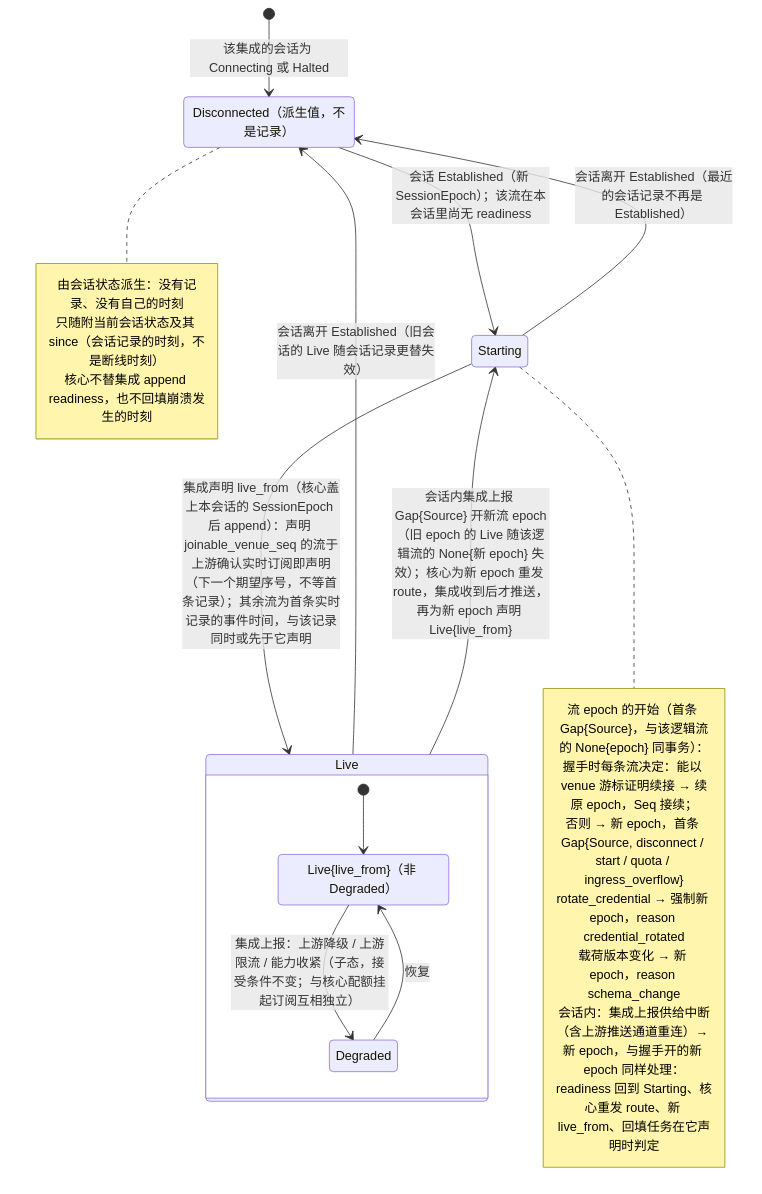
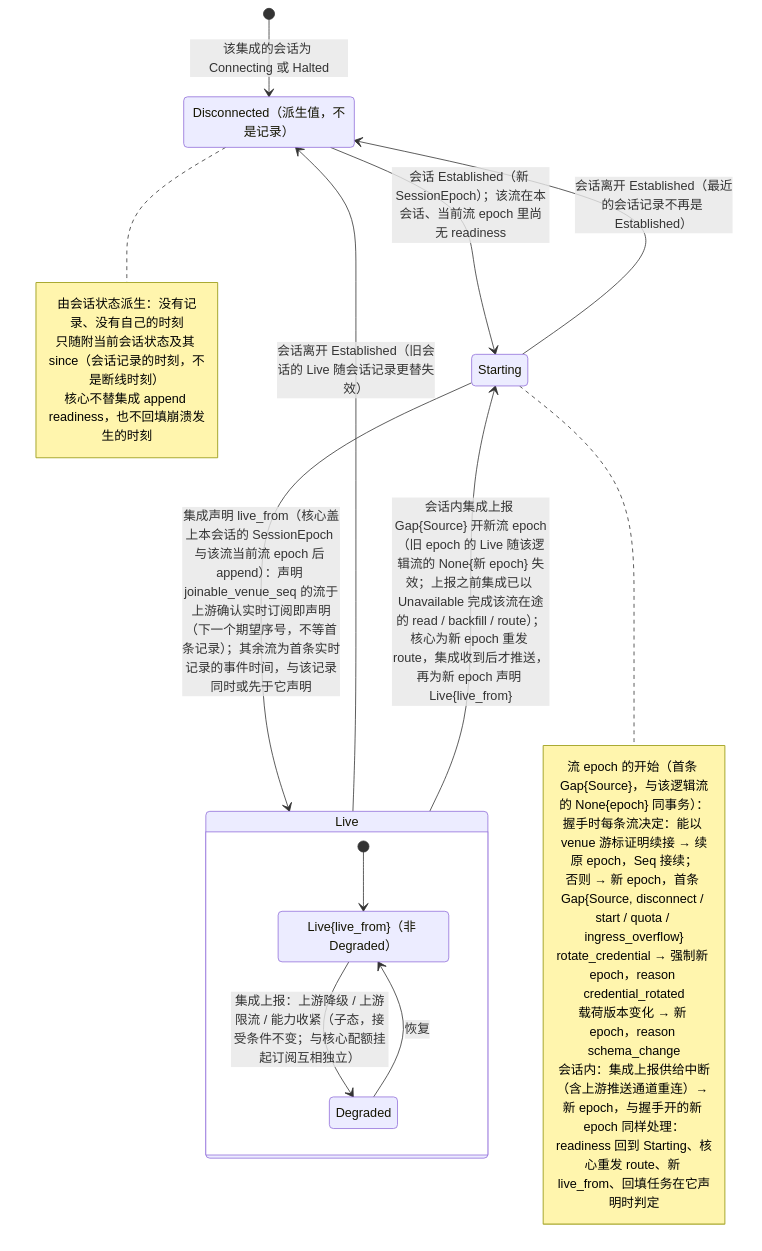
One commit to mouriya-s-lab/uta changed the second of 6 diagrams in design/diagrams/03-observation-ingest.md. Above: the diagram before and after it, drawn with Mermaid. The commit also changed other lines of this file and 8 other files, not shown here.

Commit message:
design: route-conclusion records carry the full set, readiness valid only in the current session and stream epoch, calls across a mid-session stream-epoch change completed as Unavailable (write answers kept as unsequenced evidence)

````diff
--- a/design/diagrams/03-observation-ingest.md
+++ b/design/diagrams/03-observation-ingest.md
@@ -51,30 +51,30 @@
 ```mermaid
 stateDiagram-v2
   state "Disconnected（派生值，不是记录）" as DC
   state "Live{live_from}（非 Degraded）" as LN
   [*] --> DC : 该集成的会话为 Connecting 或 Halted
-  DC --> Starting : 会话 Established（新 SessionEpoch）；该流在本会话里尚无 readiness
-  Starting --> Live : 集成声明 live_from（核心盖上本会话的 SessionEpoch 后 append）：声明 joinable_venue_seq 的流于上游确认实时订阅即声明（下一个期望序号，不等首条记录）；其余流为首条实时记录的事件时间，与该记录同时或先于它声明
+  DC --> Starting : 会话 Established（新 SessionEpoch）；该流在本会话、当前流 epoch 里尚无 readiness
+  Starting --> Live : 集成声明 live_from（核心盖上本会话的 SessionEpoch 与该流当前流 epoch 后 append）：声明 joinable_venue_seq 的流于上游确认实时订阅即声明（下一个期望序号，不等首条记录）；其余流为首条实时记录的事件时间，与该记录同时或先于它声明
   state Live {
     [*] --> LN
     LN --> Degraded : 集成上报：上游降级 / 上游限流 / 能力收紧（子态，接受条件不变；与核心配额挂起订阅互相独立）
     Degraded --> LN : 恢复
   }
   Starting --> DC : 会话离开 Established（最近的会话记录不再是 Established）
   Live --> DC : 会话离开 Established（旧会话的 Live 随会话记录更替失效）
-  Live --> Starting : 会话内集成上报 Gap{Source} 开新流 epoch（旧 epoch 的 Live 随该逻辑流的 None{新 epoch} 失效）；核心为新 epoch 重发 route，集成收到后才推送，再为新 epoch 声明 Live{live_from}
+  Live --> Starting : 会话内集成上报 Gap{Source} 开新流 epoch（旧 epoch 的 Live 随该逻辑流的 None{新 epoch} 失效；上报之前集成已以 Unavailable 完成该流在途的 read / backfill / route）；核心为新 epoch 重发 route，集成收到后才推送，再为新 epoch 声明 Live{live_from}
   note right of DC
     由会话状态派生：没有记录、没有自己的时刻
     只随附当前会话状态及其 since（会话记录的时刻，不是断线时刻）
     核心不替集成 append readiness，也不回填崩溃发生的时刻
   end note
   note right of Starting
     流 epoch 的开始（首条 Gap{Source}，与该逻辑流的 None{epoch} 同事务）：
     握手时每条流决定：能以 venue 游标证明续接 → 续原 epoch，Seq 接续；
     否则 → 新 epoch，首条 Gap{Source, disconnect / start / quota / ingress_overflow}
     rotate_credential → 强制新 epoch，reason credential_rotated
     载荷版本变化 → 新 epoch，reason schema_change
     会话内：集成上报供给中断（含上游推送通道重连）→ 新 epoch，与握手开的新 epoch 同样处理：
     readiness 回到 Starting、核心重发 route、新 live_from、回填任务在它声明时判定
   end note
 ```
````
